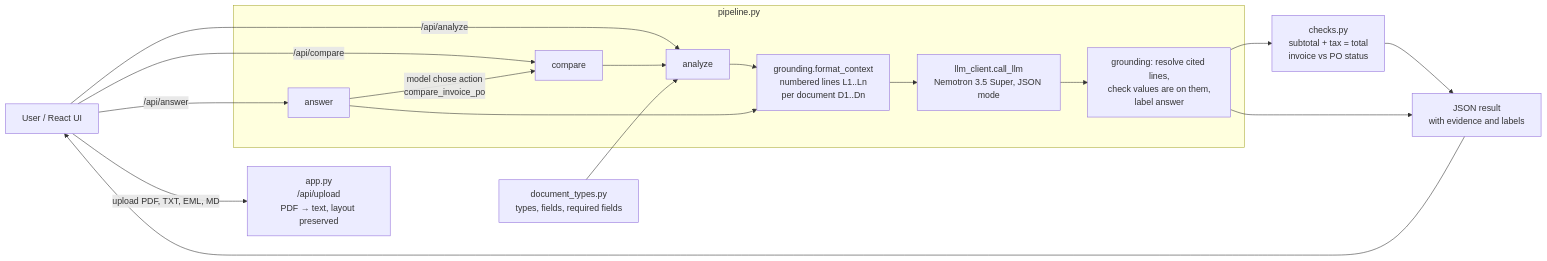
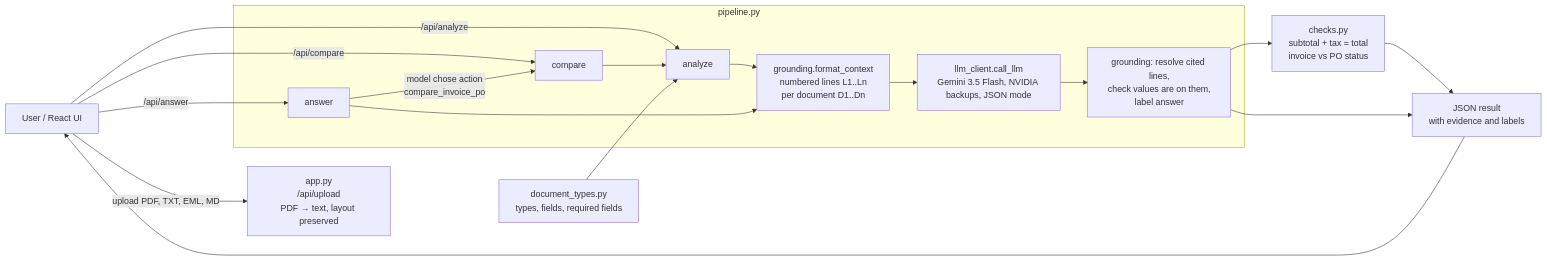
The diagram in docs/design.md (SulagnaGiri/AI-Document-Analyst), drawn with Mermaid before and after one commit. The commit also changed other lines of this file and 11 other files, not shown here.

````diff
--- a/docs/design.md
+++ b/docs/design.md
@@ -20,23 +20,23 @@
 ```mermaid
 flowchart LR
     U[User / React UI] -->|upload PDF, TXT, EML, MD| UP[app.py<br/>/api/upload<br/>PDF → text, layout preserved]
     U -->|/api/analyze| AN
     U -->|/api/answer| QA
     U -->|/api/compare| CMP
 
     subgraph pipeline.py
       AN[analyze] --> CTX
       QA[answer] --> CTX
       CMP[compare] --> AN
       CTX[grounding.format_context<br/>numbered lines L1..Ln<br/>per document D1..Dn] --> LLM
-      LLM[llm_client.call_llm<br/>Nemotron 3.5 Super, JSON mode] --> VER
+      LLM[llm_client.call_llm<br/>Gemini 3.5 Flash, NVIDIA backups, JSON mode] --> VER
       VER[grounding: resolve cited lines,<br/>check values are on them,<br/>label answer]
     end
 
     DT[document_types.py<br/>types, fields, required fields] --> AN
     VER --> CHK[checks.py<br/>subtotal + tax = total<br/>invoice vs PO status]
     QA -- model chose action<br/>compare_invoice_po --> CMP
     CHK --> R[JSON result<br/>with evidence and labels]
     VER --> R
     R --> U
 ```
````
